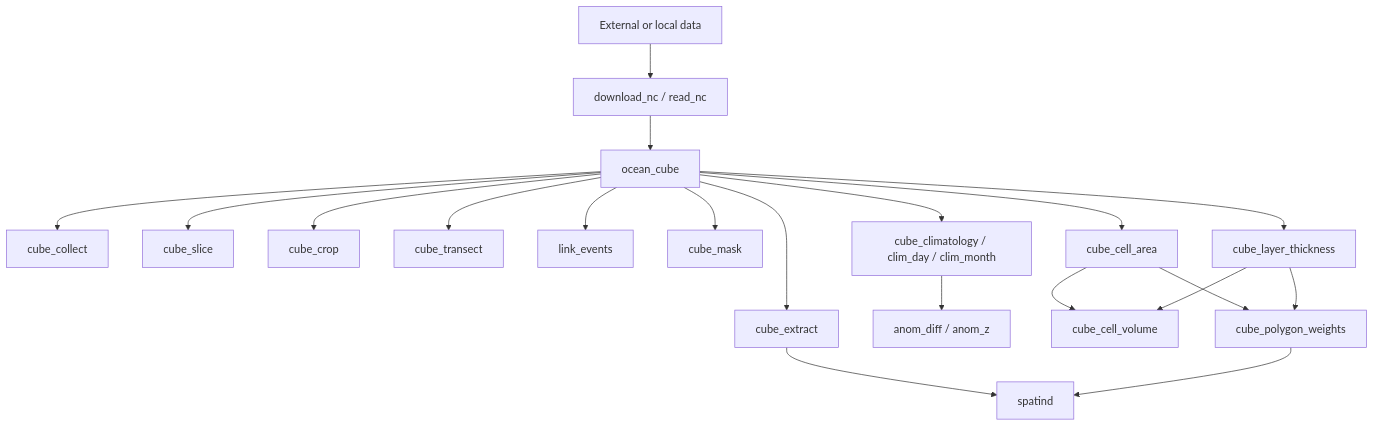
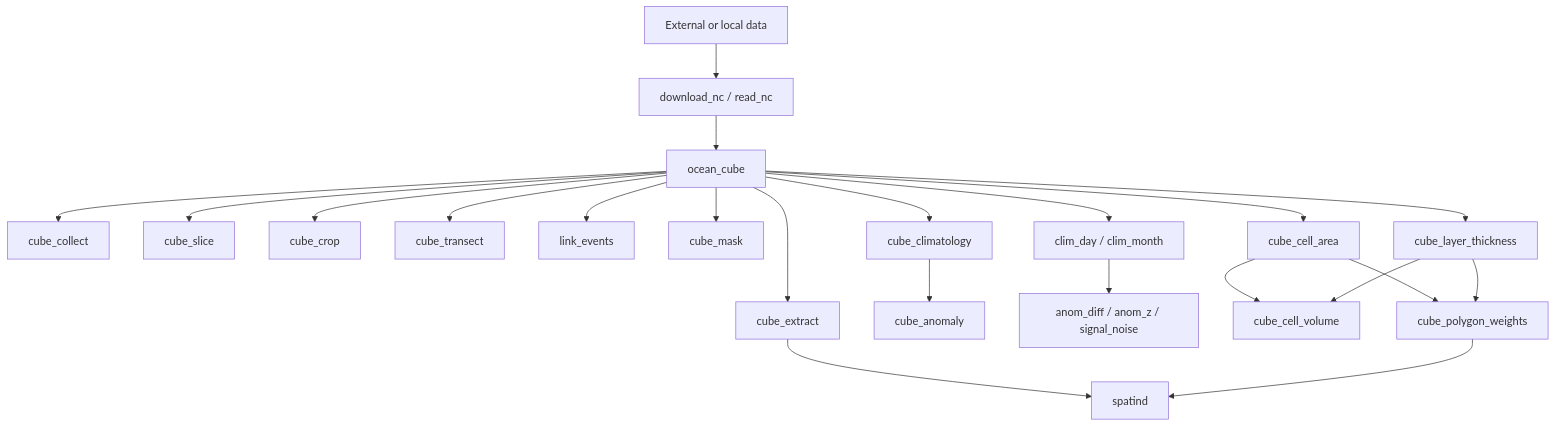
The diagram in handbook/10-workflows.qmd (qselmer/oceancube), drawn with Mermaid before and after one commit. The commit also changed other lines of this file and 28 other files, not shown here.

````diff
--- a/handbook/10-workflows.qmd
+++ b/handbook/10-workflows.qmd
@@ -4,22 +4,24 @@
 ```mermaid
 flowchart TD
 A[External or local data] --> B[download_nc / read_nc]
 B --> C[ocean_cube]
 C --> D[cube_collect]
 C --> E[cube_slice]
 C --> F[cube_crop]
 C --> G[cube_extract]
 C --> H[cube_transect]
 C --> I[link_events]
 C --> J[cube_mask]
-C --> K[cube_climatology / clim_day / clim_month]
-K --> L[anom_diff / anom_z]
+C --> K[cube_climatology]
+K --> L[cube_anomaly]
+C --> R[clim_day / clim_month]
+R --> S[anom_diff / anom_z / signal_noise]
 C --> M[cube_cell_area]
 C --> N[cube_layer_thickness]
 M --> O[cube_cell_volume]
 N --> O
 M --> P[cube_polygon_weights]
 N --> P
 G --> Q[spatind]
 P --> Q
 ```
````
